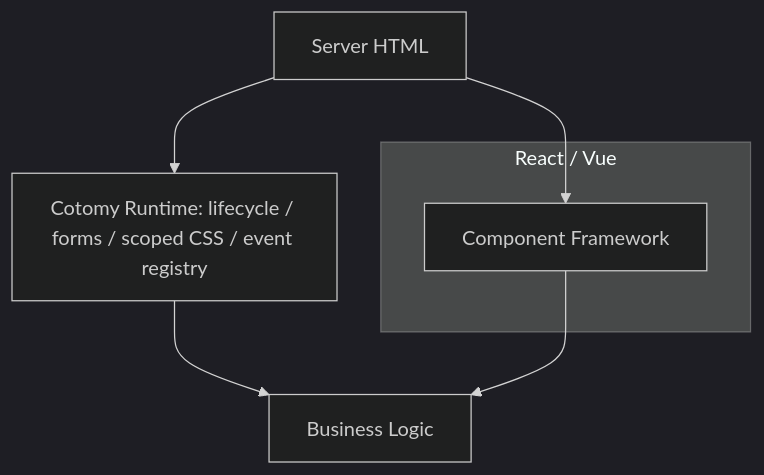
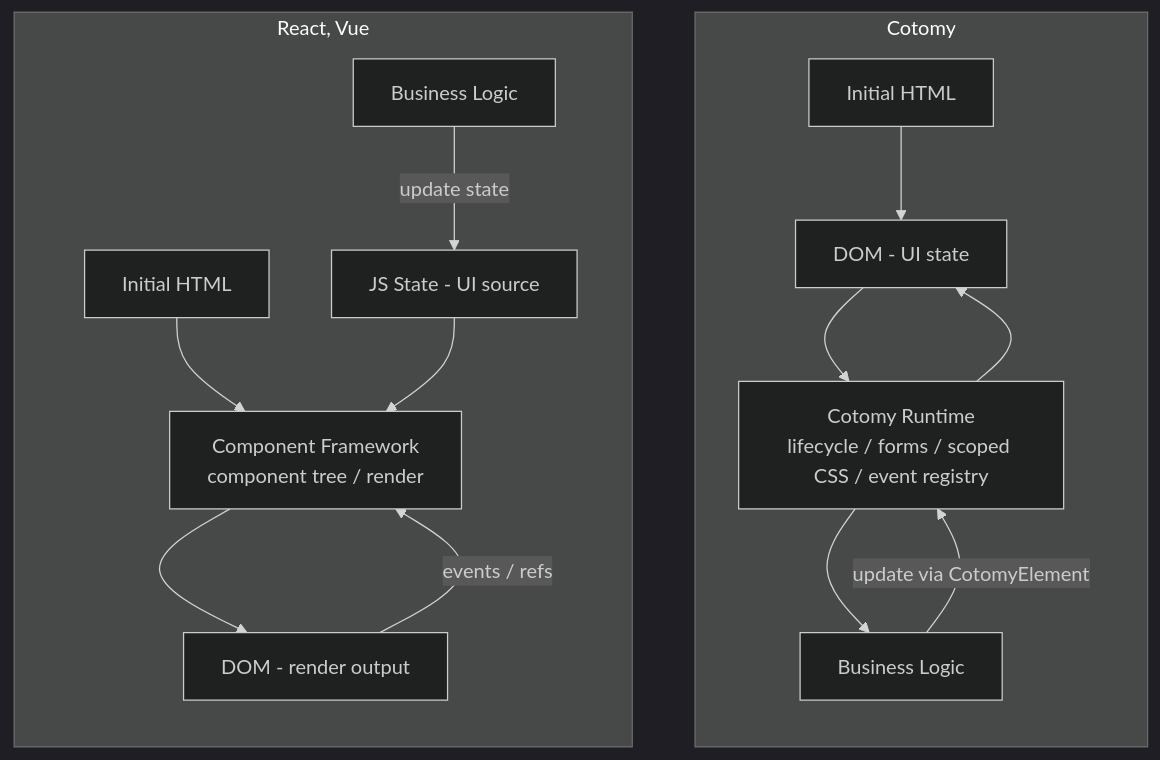
Before and after one commit to yshr1920/cotomy-reference: the diagram in docs/reference/comparison.md, drawn with Mermaid (dark theme). The commit also changed other lines of this file and 1 other file, not shown here.

Commit message:
Adjust comparison diagram and footer

````diff
--- a/docs/reference/comparison.md
+++ b/docs/reference/comparison.md
@@ -8,14 +8,29 @@
 ```mermaid
-flowchart TB
-  A[Server HTML]
-  B[Cotomy Runtime: lifecycle / forms / scoped CSS / event registry]
-  C[Business Logic]
-
-  A --> B --> C
-
-  subgraph Frameworks[React / Vue]
-    D[Component Framework]
+flowchart LR
+  subgraph Frameworks[ React, Vue ]
+    direction TB
+    B1["Initial HTML"]
+    B2["Component Framework\ncomponent tree / render"]
+    B3["JS State - UI source"]
+    B4["DOM - render output"]
+    B5["Business Logic"]
+    B1 --> B2
+    B3 --> B2
+    B2 --> B4
+    B5 -- "update state" --> B3
+    B4 -- "events / refs" --> B2
   end
 
-  A --> D --> C
+  subgraph Cotomy[ Cotomy ]
+    direction TB
+    A1["Initial HTML"]
+    A2["DOM - UI state"]
+    A3["Cotomy Runtime\nlifecycle / forms / scoped CSS / event registry"]
+    A4["Business Logic"]
+    A1 --> A2 --> A3 --> A4
+    A4 -- "update via CotomyElement" --> A3
+    A3 --> A2
+  end
+
+  Frameworks ~~~ Cotomy
 ```
````
